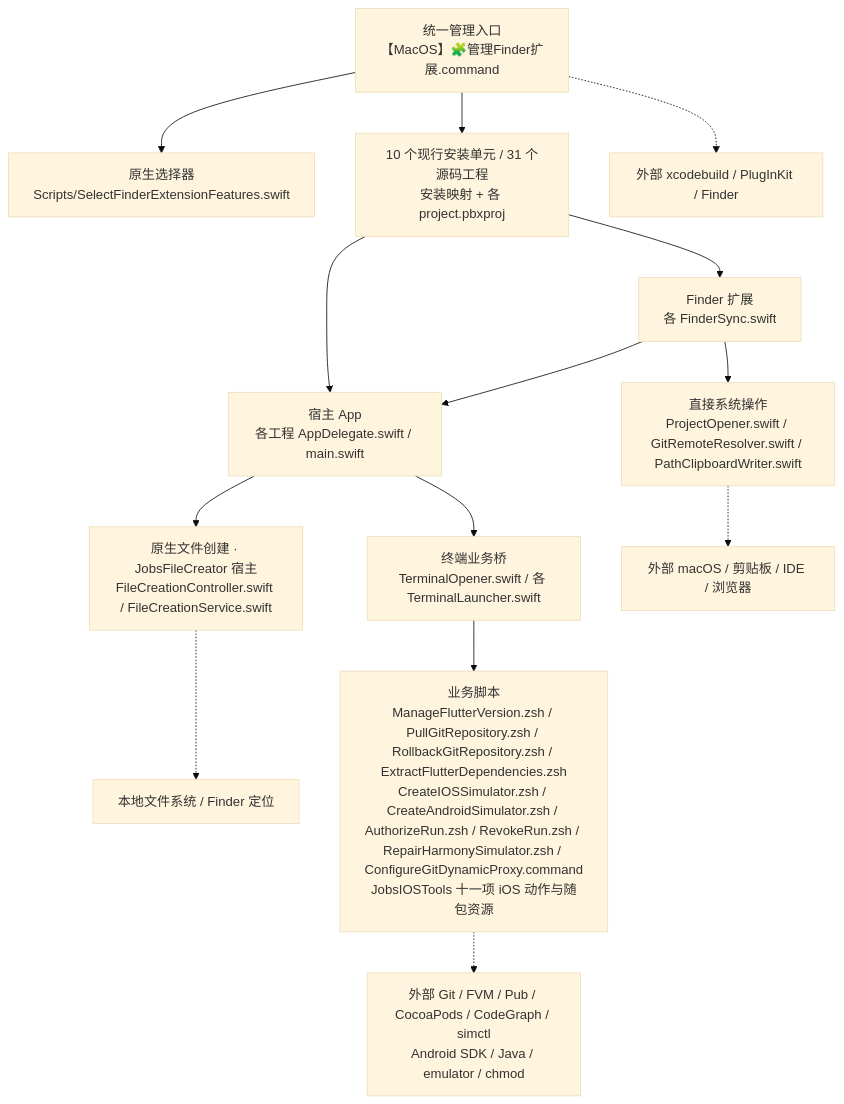
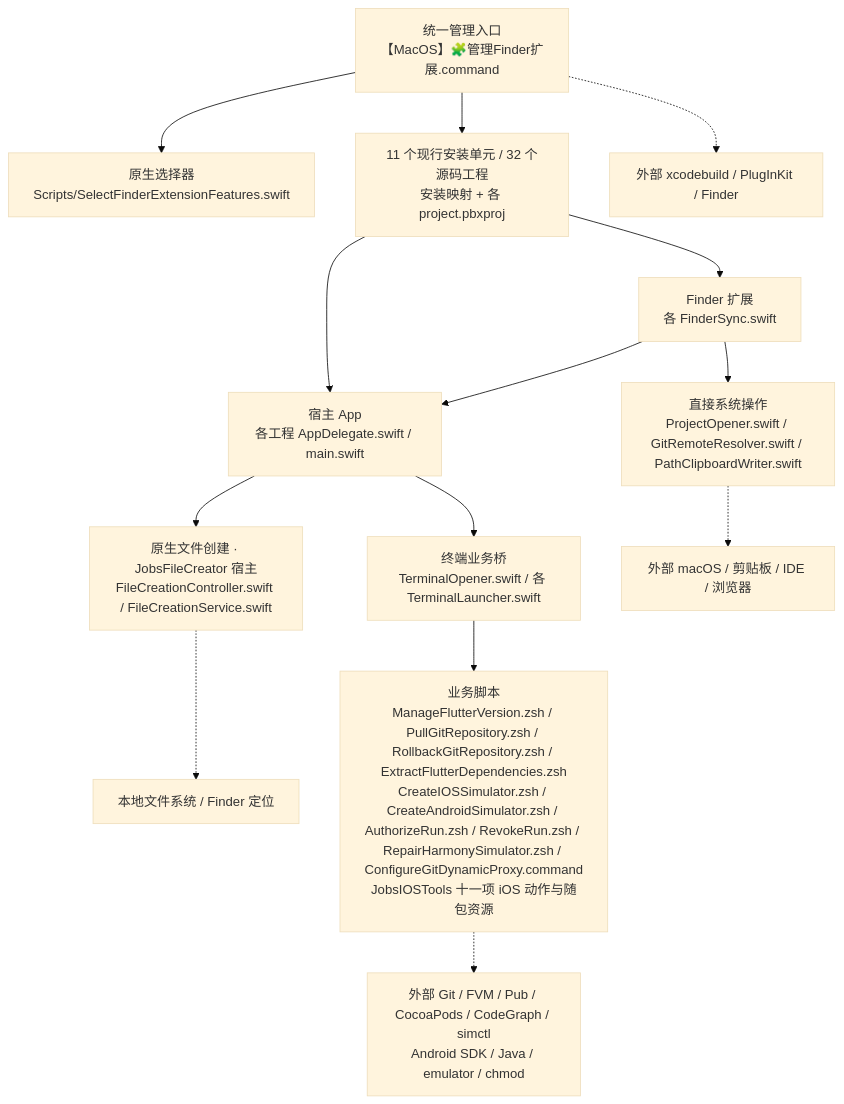
Before and after one commit to JobsKits/MacOS_Extension: the first of 3 diagrams in README.md, drawn with Mermaid (base theme). The commit also changed other lines of this file and 657 other files, not shown here.

````diff
--- a/README.md
+++ b/README.md
@@ -498,16 +506,16 @@
 ```mermaid
 flowchart TD
     A["统一管理入口<br/>【MacOS】🧩管理Finder扩展.command"] --> B["原生选择器<br/>Scripts/SelectFinderExtensionFeatures.swift"]
-    A --> C["10 个现行安装单元 / 31 个源码工程<br/>安装映射 + 各 project.pbxproj"]
+    A --> C["11 个现行安装单元 / 32 个源码工程<br/>安装映射 + 各 project.pbxproj"]
     C --> D["宿主 App<br/>各工程 AppDelegate.swift / main.swift"]
     C --> E["Finder 扩展<br/>各 FinderSync.swift"]
     E --> F["直接系统操作<br/>ProjectOpener.swift / GitRemoteResolver.swift / PathClipboardWriter.swift"]
     E --> D
     D --> N["原生文件创建 · JobsFileCreator 宿主<br/>FileCreationController.swift / FileCreationService.swift"]
     N -.-> O["本地文件系统 / Finder 定位"]
     D --> G["终端业务桥<br/>TerminalOpener.swift / 各 TerminalLauncher.swift"]
     G --> H["业务脚本<br/>ManageFlutterVersion.zsh / PullGitRepository.zsh / RollbackGitRepository.zsh / ExtractFlutterDependencies.zsh<br/>CreateIOSSimulator.zsh / CreateAndroidSimulator.zsh / AuthorizeRun.zsh / RevokeRun.zsh / RepairHarmonySimulator.zsh / ConfigureGitDynamicProxy.command<br/>JobsIOSTools 十一项 iOS 动作与随包资源"]
     F -.-> I["外部 macOS / 剪贴板 / IDE / 浏览器"]
     H -.-> J["外部 Git / FVM / Pub / CocoaPods / CodeGraph / simctl<br/>Android SDK / Java / emulator / chmod"]
     A -.-> K["外部 xcodebuild / PlugInKit / Finder"]
 ```
````
